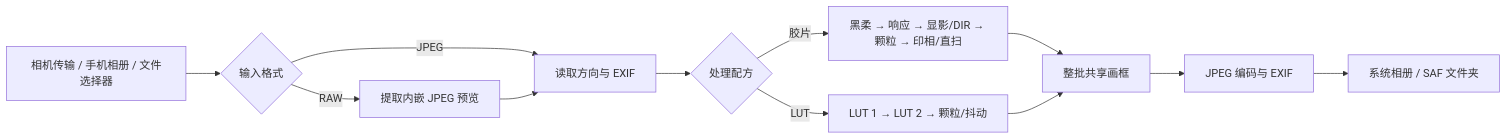
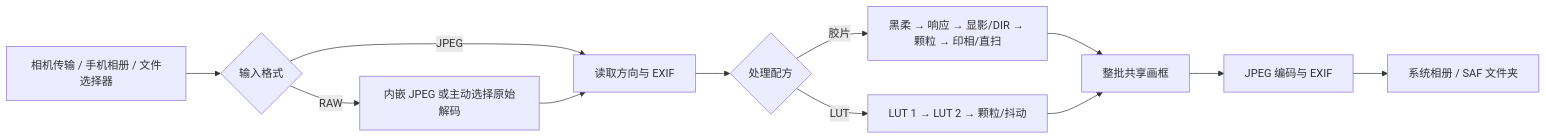
The diagram in README.md (GameChicks/Lumatte), drawn with Mermaid before and after one commit. The commit also changed other lines of this file and 49 other files, not shown here.

````diff
--- a/README.md
+++ b/README.md
@@ -291,14 +294,14 @@
 ```mermaid
 flowchart LR
     A[相机传输 / 手机相册 / 文件选择器] --> B{输入格式}
     B -->|JPEG| C[读取方向与 EXIF]
-    B -->|RAW| R[提取内嵌 JPEG 预览]
+    B -->|RAW| R[内嵌 JPEG 或主动选择原始解码]
     R --> C
     C --> D{处理配方}
     D -->|胶片| E[黑柔 → 响应 → 显影/DIR → 颗粒 → 印相/直扫]
     D -->|LUT| F[LUT 1 → LUT 2 → 颗粒/抖动]
     E --> G[整批共享画框]
     F --> G
     G --> H[JPEG 编码与 EXIF]
     H --> I[系统相册 / SAF 文件夹]
 ```
````
